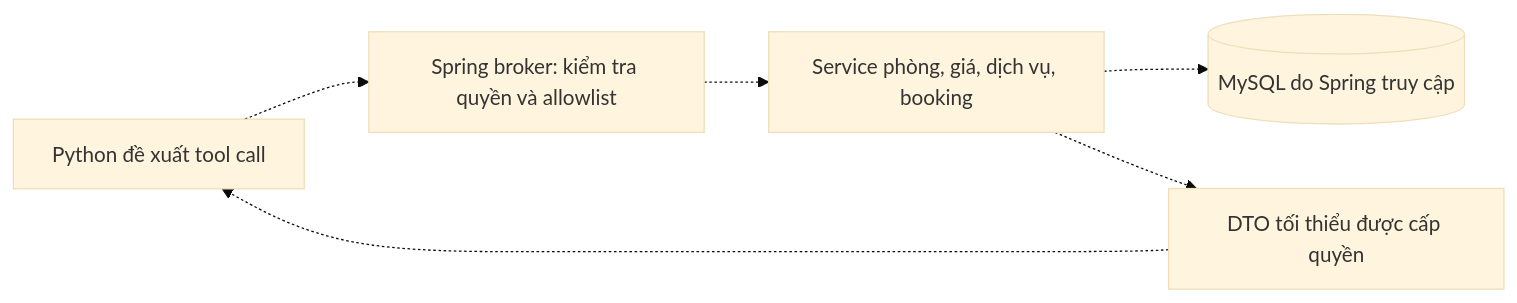
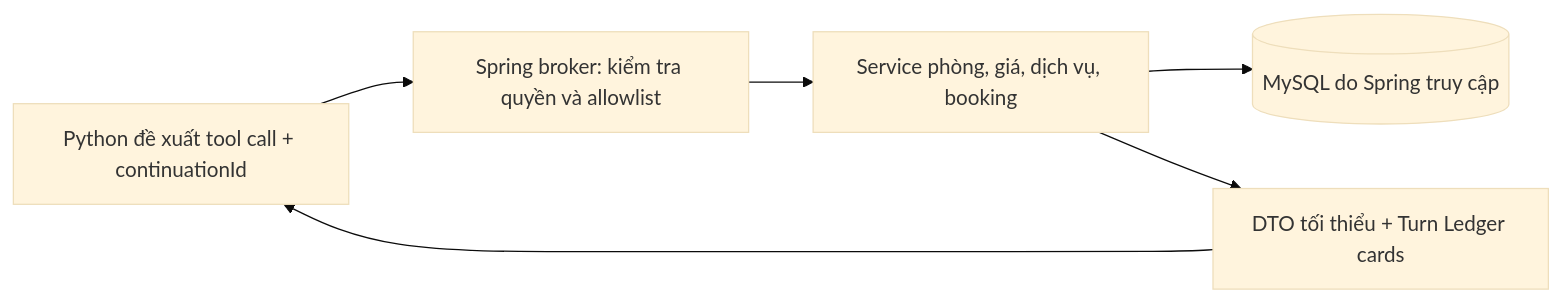
Before and after one commit to Gnaoh2512/PBL6: the third of 5 diagrams in ai-service/docs/architecture.md, drawn with Mermaid (base theme). The commit also changed other lines of this file and 8 other files, not shown here.

````diff
--- a/ai-service/docs/architecture.md
+++ b/ai-service/docs/architecture.md
@@ -112,8 +115,8 @@
 ```mermaid
 flowchart LR
-    A[Python đề xuất tool call] -.-> B[Spring broker: kiểm tra quyền và allowlist]
-    B -.-> S[Service phòng, giá, dịch vụ, booking]
-    S -.-> D[(MySQL do Spring truy cập)]
-    S -.-> T[DTO tối thiểu được cấp quyền]
-    T -.-> A
+    A[Python đề xuất tool call + continuationId] --> B[Spring broker: kiểm tra quyền và allowlist]
+    B --> S[Service phòng, giá, dịch vụ, booking]
+    S --> D[(MySQL do Spring truy cập)]
+    S --> T[DTO tối thiểu + Turn Ledger cards]
+    T --> A
 ```
````
